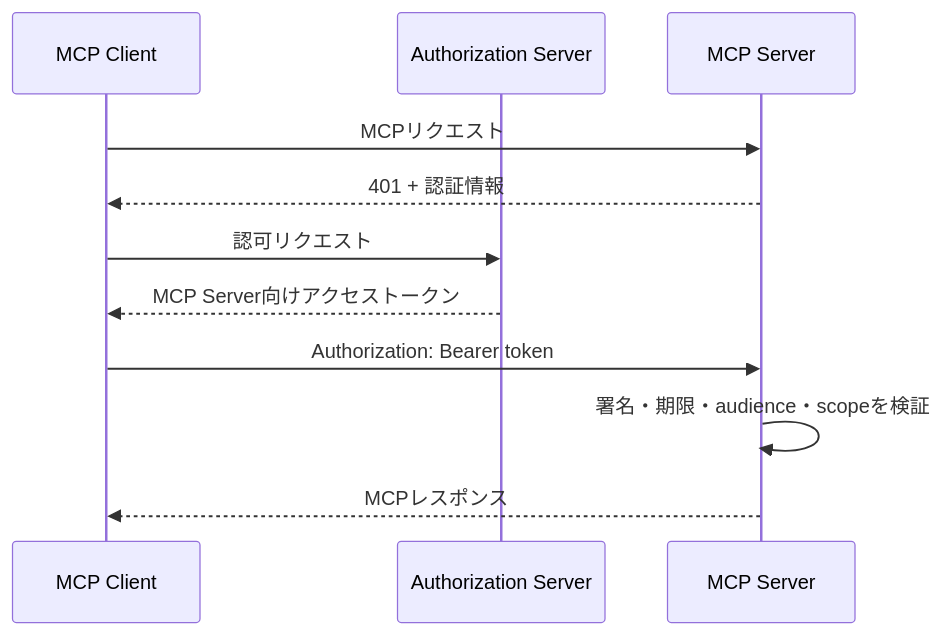
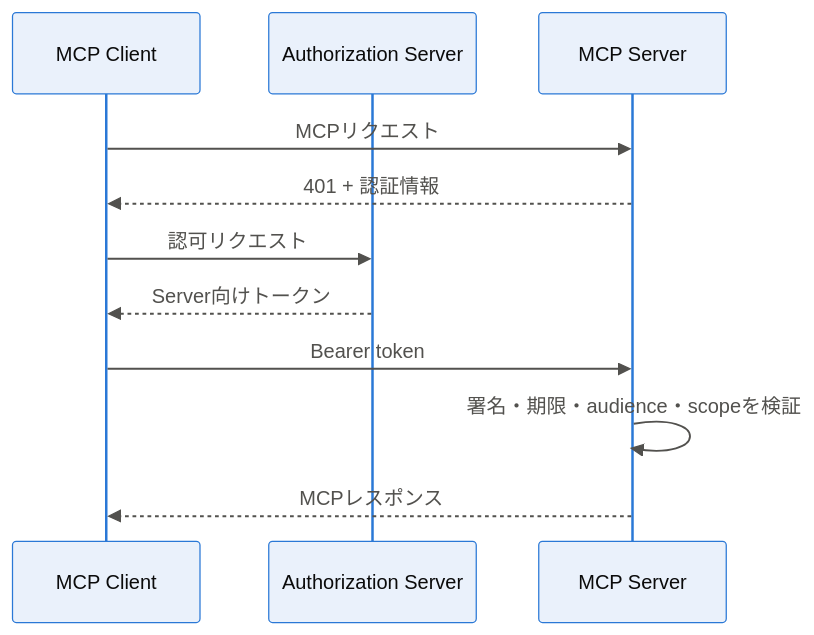
One commit to Kaito-ickw/Kaito-ickw.github.io changed the diagram in _posts/2026-06-23-mcp-security-operations.md. Above: the diagram before and after it, drawn with Mermaid. The commit also changed other lines of this file and 85 other files, not shown here.

First line of the commit message:
refactor: 記事内のMermaid図をSVGへ移行しレイアウトエンジンを追加

````diff
--- a/_posts/2026-06-23-mcp-security-operations.md
+++ b/_posts/2026-06-23-mcp-security-operations.md
@@ -89,14 +81,15 @@
 ```mermaid!
+%%{init: {'theme':'base','themeVariables':{'fontFamily':'system-ui, -apple-system, sans-serif','fontSize':'15px','actorBkg':'#eaf1fb','actorBorder':'#2a78d6','actorTextColor':'#0b0b0b','signalColor':'#52514e','signalTextColor':'#52514e','noteBkgColor':'#f0efec','noteBorderColor':'#c3c2b7','lineColor':'#a9a89d','textColor':'#0b0b0b'}}}%%
 sequenceDiagram
     participant C as MCP Client
     participant AS as Authorization Server
     participant S as MCP Server
 
     C->>S: MCPリクエスト
     S-->>C: 401 + 認証情報
     C->>AS: 認可リクエスト
-    AS-->>C: MCP Server向けアクセストークン
-    C->>S: Authorization: Bearer token
+    AS-->>C: Server向けトークン
+    C->>S: Bearer token
     S->>S: 署名・期限・audience・scopeを検証
     S-->>C: MCPレスポンス
 ```
````
